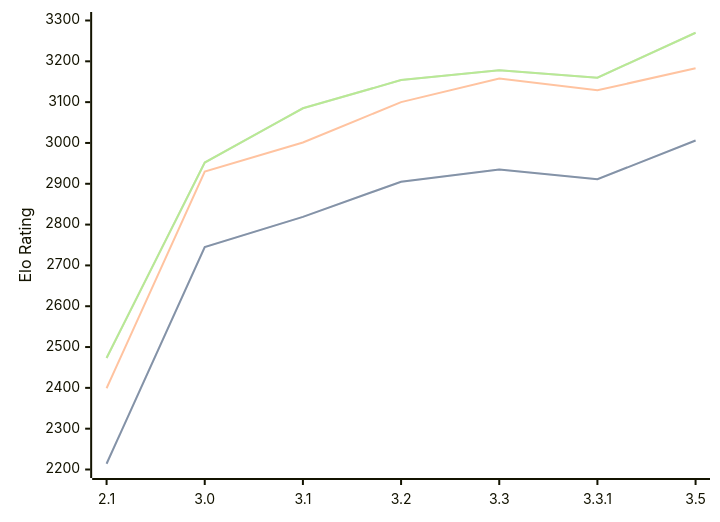
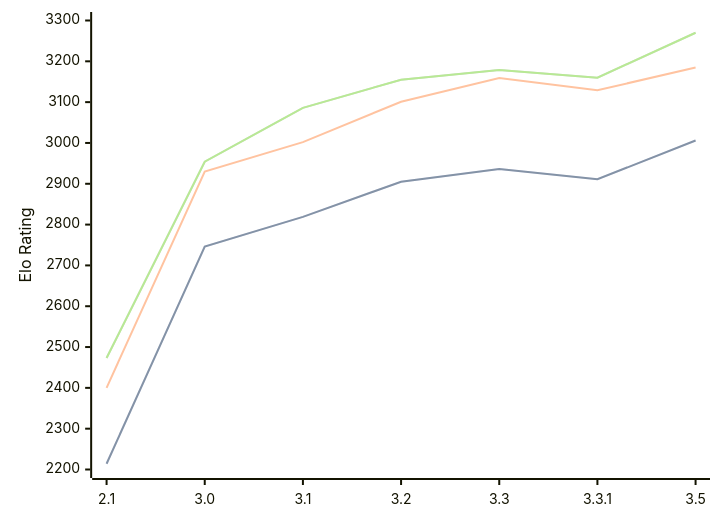
One commit to computer-chess-index/cci changed the first of 3 diagrams in engines/Petrel.md. Above: the diagram before and after it, drawn with Mermaid. The commit also changed other lines of this file, not shown here.

Commit message:
Update CCI Ratings (ELO VLTC) - 2026-06-24

````diff
--- a/engines/Petrel.md
+++ b/engines/Petrel.md
@@ -46,11 +46,11 @@
 ```mermaid
 %%{init: {"theme":"base","themeVariables":{"seriesColors:['#a3a3a3','#222221','#faa371']}}}%%
 xychart-beta
   x-axis ["2.1", "3.0", "3.1", "3.2", "3.3", "3.3.1", "3.5"]
   y-axis "Elo Rating" 2200 --> 3300
-  line "STC (8.0+0.08s)" [2214, 2745, 2819, 2905, 2935, 2911, 3006]
-  line "STC (8.0+0.08s)" [2214, 2745, 2819, 2905, 2935, 2911, 3006]
-  line "LTC (60.0+0.60s)" [2399, 2930, 3001, 3100, 3158, 3129, 3183]
-  line "VLTC (2m24s+1.12s)" [2473, 2952, 3085, 3154, 3178, 3160, 3270]
-  line "VLTC (2m24s+1.12s)" [2473, 2952, 3085, 3154, 3178, 3160, 3270]
+  line "STC (8.0+0.08s)" [2214, 2746, 2819, 2905, 2936, 2911, 3006]
+  line "STC (8.0+0.08s)" [2214, 2746, 2819, 2905, 2936, 2911, 3006]
+  line "LTC (60.0+0.60s)" [2400, 2930, 3002, 3101, 3159, 3129, 3185]
+  line "VLTC (2m24s+1.12s)" [2473, 2954, 3086, 3155, 3179, 3160, 3270]
+  line "VLTC (2m24s+1.12s)" [2473, 2954, 3086, 3155, 3179, 3160, 3270]
 ```
````
